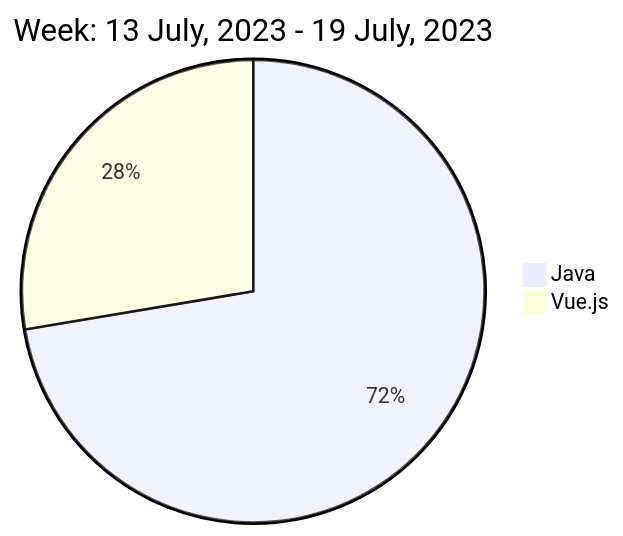
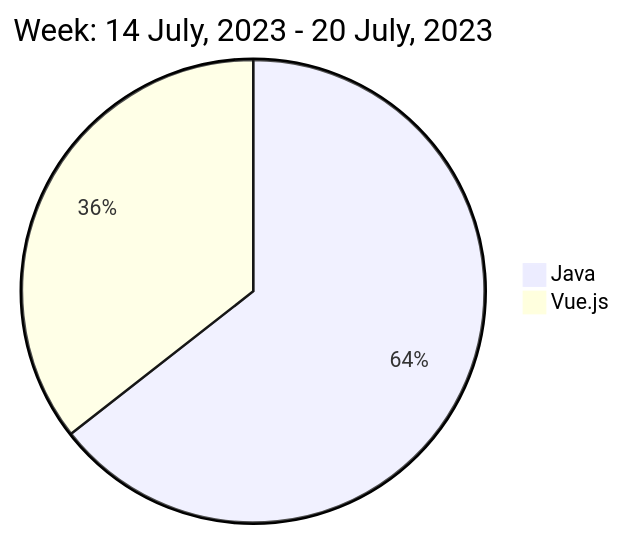
The diagram in README.md (liubin95/liubin95), drawn with Mermaid before and after one commit.

Commit message:
Updated the Graph with new Metrics

````diff
--- a/README.md
+++ b/README.md
@@ -40,6 +40,6 @@
 ```mermaid
  pie
-title Week: 13 July, 2023 - 19 July, 2023
- "Java" : 11.52
- "Vue.js" : 4.4
+title Week: 14 July, 2023 - 20 July, 2023
+ "Java" : 8.37
+ "Vue.js" : 4.62
 ```
````
